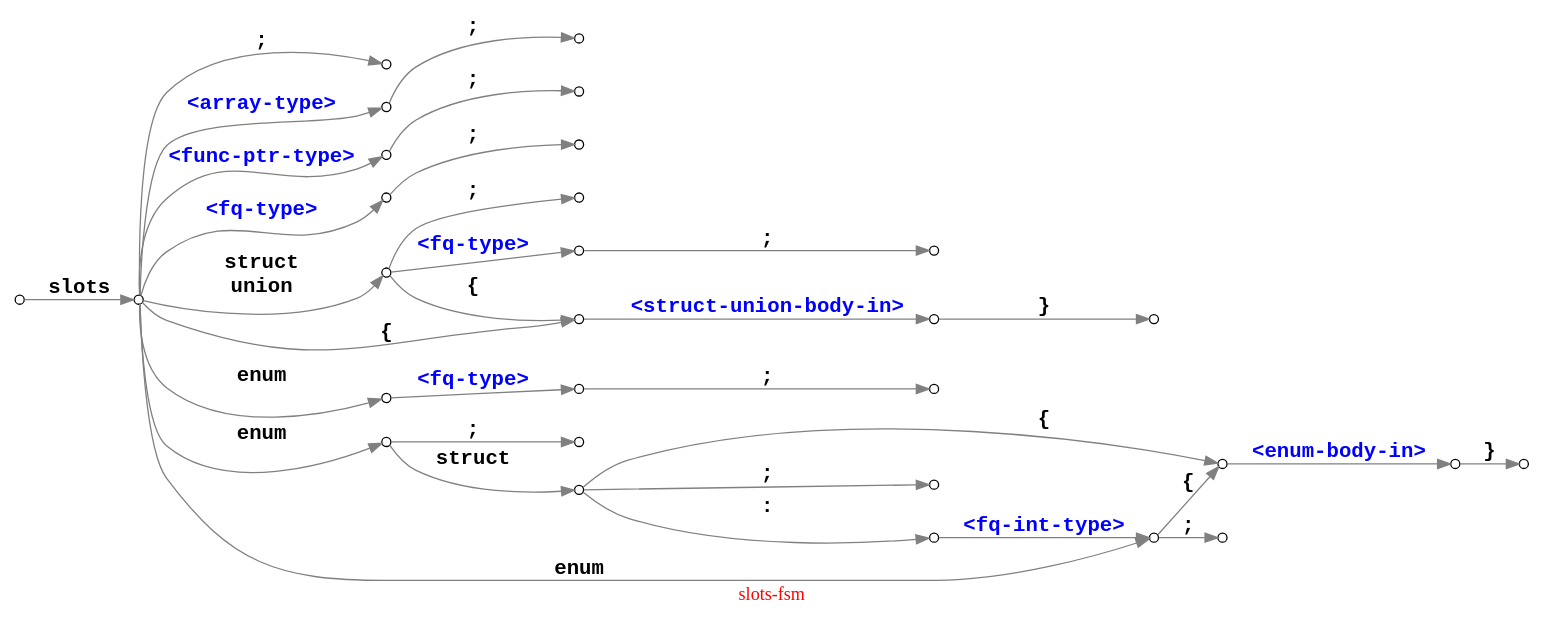
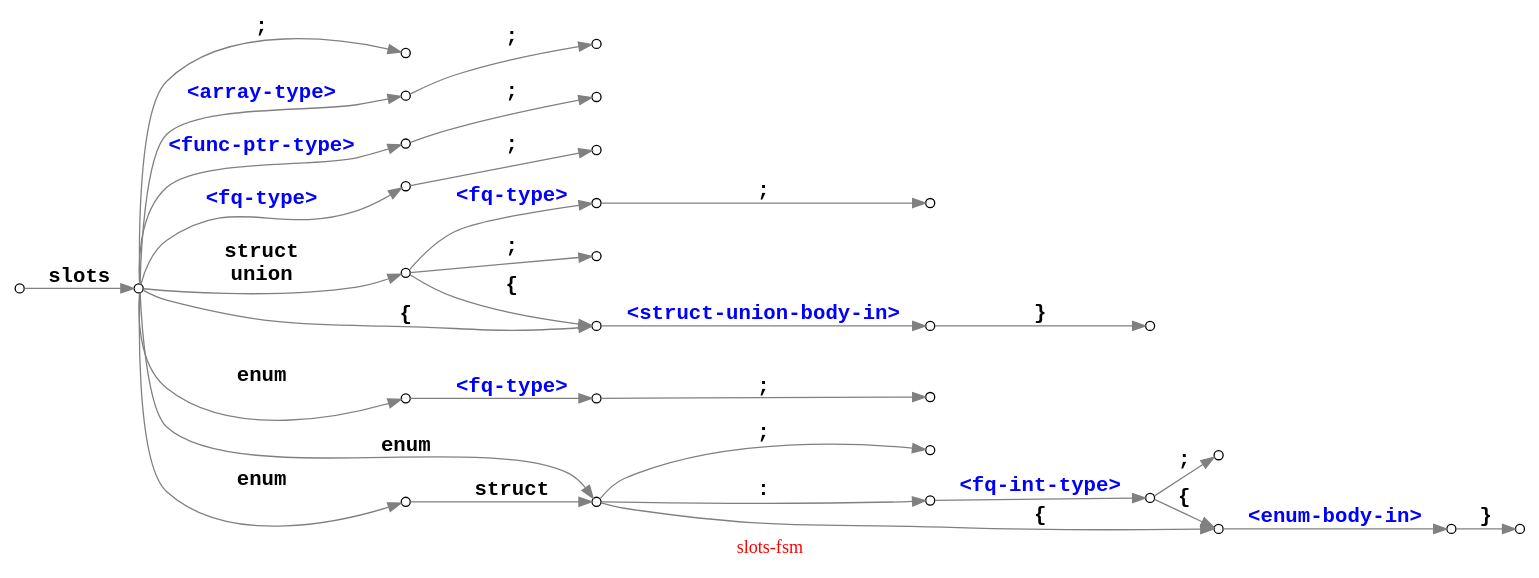
Before and after one commit to Ayyzee/dakota: the diagram in slots-fsm.dot, drawn with Graphviz.

Commit message:
More cleanup of edges.

```diff
--- a/slots-fsm.dot
+++ b/slots-fsm.dot
@@ -1,71 +1,71 @@
 // -*- mode: c++ -*-
 
+// slots <array-type>        ;        =>  typealias   slots-t = <array-type>      ;
+// slots <func-ptr-type>     ;        =>  typealias   slots-t = <func-ptr-type>   ;
+
 // slots             <>      ;        =>  typealias   slots-t =        <>         ;
+// slots struct      <>      ;        =>  typealias   slots-t = struct <>         ;
+// slots union       <>      ;        =>  typealias   slots-t = union  <>         ;
+// slots enum        <>      ;        =>  typealias   slots-t = enum   <>         ;
+
 // slots                     ;        =>  struct      slots-t                     ;
 // slots                     { ... }  =>  struct      slots-t                     { ... }
 
-// slots struct      <>      ;        =>  typealias   slots-t = struct <>         ;
 // slots struct              ;        =>  struct      slots-t                     ;
 // slots struct              { ... }  =>  struct      slots-t                     { ... }
 
-// slots union       <>      ;        =>  typealias   slots-t = union  <>         ;
 // slots union               ;        =>  union       slots-t                     ;
 // slots union               { ... }  =>  union       slots-t                     { ... }
 
-// slots enum        <>      ;        =>  typealias   slots-t = enum   <>         ;
 // slots enum                ;        =>  enum        slots-t             : int-t ;
 // slots enum                { ... }  =>  enum        slots-t             : int-t { ... }
 //
 // slots enum           : <> ;        =>  enum        slots-t             : <>    ;
 // slots enum           : <> { ... }  =>  enum        slots-t             : <>    { ... }
 
 // slots enum struct         ;        =>  enum struct slots-t             : int-t ;
 // slots enum struct         { ... }  =>  enum struct slots-t             : int-t { ... }
 //
 // slots enum struct    : <> ;        =>  enum struct slots-t             : <>    ;
 // slots enum struct    : <> { ... }  =>  enum struct slots-t             : <>    { ... }
-
-// slots <array-type>        ;        =>  typealias   slots-t = <array-type>      ;
-// slots <func-ptr-type>     ;        =>  typealias   slots-t = <func-ptr-type>   ;
 
 digraph "slots-fsm" {
   graph [ rankdir = LR, label = "\G", fontcolor = red ];
   edge [ fontsize = 16, fontname = "courier-bold", color = grey ];
   node [ shape = circle, fontsize = 12, width = 0.3, fixedsize = true ];
   node [ label = "", width = 0.1 ];
 
   000 -> 010 [ label = "slots" ];
 
   010 -> 015 [ label = ";" ];
   010 -> 141 [ label = "<array-type>", fontcolor = blue ];
   010 -> 142 [ label = "<func-ptr-type>", fontcolor = blue ];
   010 -> 140 [ label = "<fq-type>", fontcolor = blue ];
   140 -> 145 [ label = ";" ];
   141 -> 146 [ label = ";" ];
   142 -> 147 [ label = ";" ];
 
   010 -> 100 [ label = "struct\nunion" ];
   010 -> 110 [ label = "{" ];
   100 -> 110 [ label = "{" ];
   100 -> 105 [ label = ";" ];
   100 -> 150 [ label = "<fq-type>", fontcolor = blue ];
   150 -> 160 [ label = ";" ];
   110 -> 120 [ label = "<struct-union-body-in>", fontcolor = blue ];
   120 -> 130 [ label = "}" ];
 
   010 -> 031 [ label = "enum" ];
   031 -> 170 [ label = "<fq-type>", fontcolor = blue ];
   170 -> 180 [ label = ";" ];
   030 -> 035 [ label = ";" ];
   010 -> 020 [ label = "enum" ];
-  010 -> 050 [ label = "enum" ];
+  010 -> 030 [ label = "enum" ];
   020 -> 030 [ label = "struct" ];
-  020 -> 025 [ label = ";" ];
   030 -> 040 [ label = ":" ];
   030 -> 060 [ label = "{" ];
   040 -> 050 [ label = "<fq-int-type>", fontcolor = blue ];
   050 -> 060 [ label = "{" ];
   050 -> 055 [ label = ";" ];
   060 -> 070 [ label = "<enum-body-in>", fontcolor = blue ];
   070 -> 080 [ label = "}" ];
 }
```
